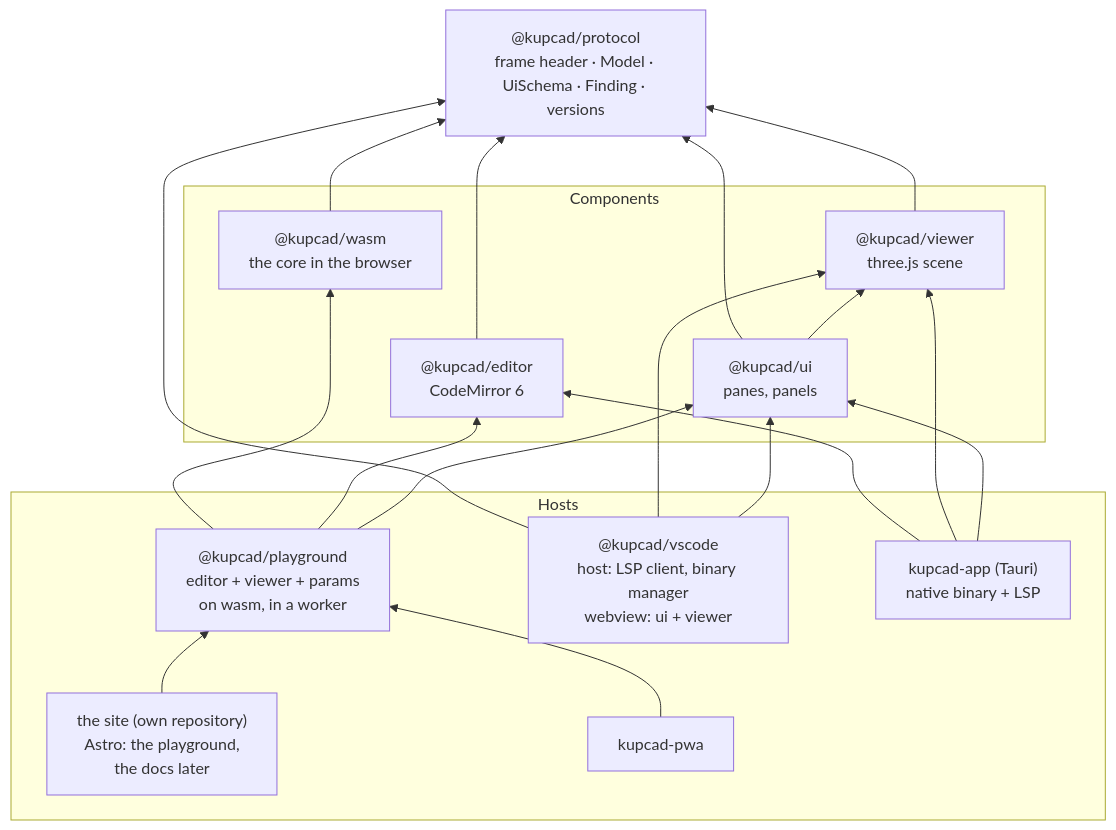
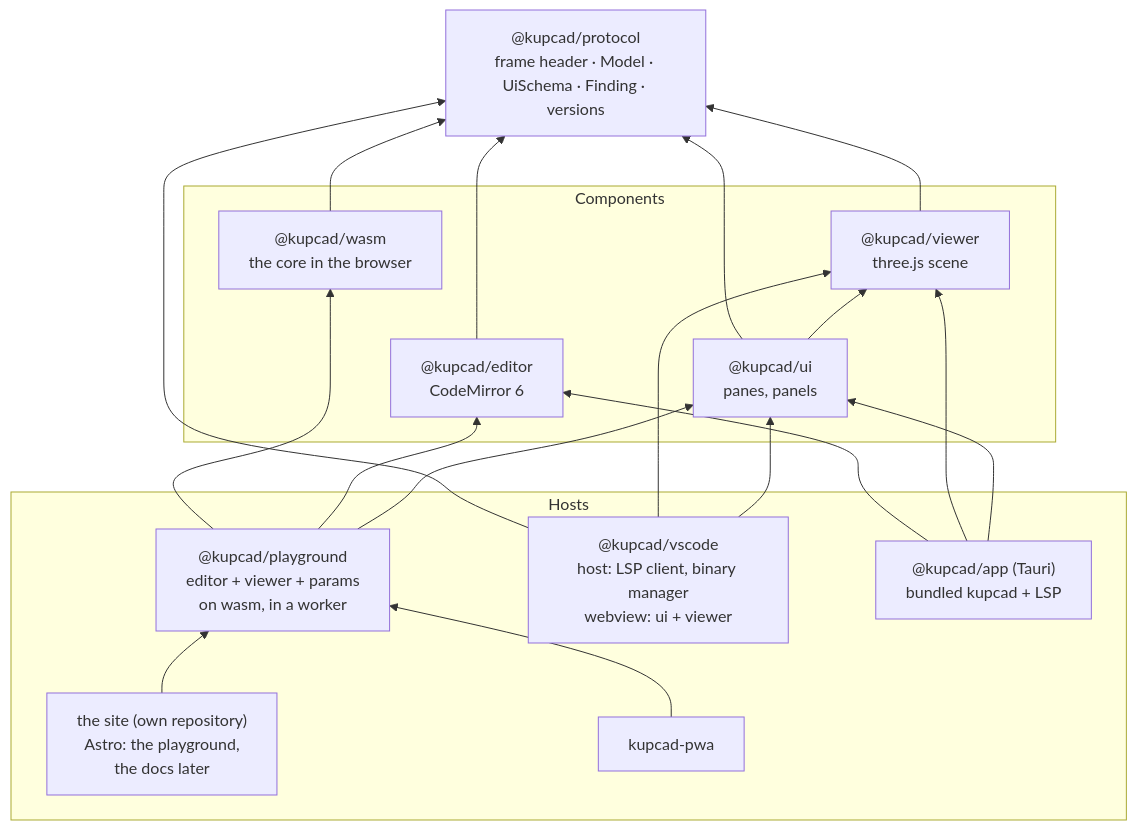
One commit to kupcad/kupcad changed the diagram in packages/architecture.md. Above: the diagram before and after it, drawn with Mermaid. The commit also changed other lines of this file and 56 other files, not shown here.

````diff
--- a/packages/architecture.md
+++ b/packages/architecture.md
@@ -11,36 +11,36 @@
 ```mermaid
 flowchart BT
     protocol["@kupcad/protocol<br/>frame header · Model · UiSchema · Finding · versions"]
 
     subgraph components ["Components"]
         wasm["@kupcad/wasm<br/>the core in the browser"]
         viewer["@kupcad/viewer<br/>three.js scene"]
         ui["@kupcad/ui<br/>panes, panels"]
         editor["@kupcad/editor<br/>CodeMirror 6"]
     end
 
     subgraph hosts ["Hosts"]
         playground["@kupcad/playground<br/>editor + viewer + params<br/>on wasm, in a worker"]
         vscode["@kupcad/vscode<br/>host: LSP client, binary manager<br/>webview: ui + viewer"]
-        app["kupcad-app (Tauri)<br/>native binary + LSP"]
+        app["@kupcad/app (Tauri)<br/>bundled kupcad + LSP"]
         docs["the site (own repository)<br/>Astro: the playground,<br/>the docs later"]
         pwa["kupcad-pwa"]
     end
 
     wasm --> protocol
     viewer --> protocol
     ui --> protocol
     ui --> viewer
     editor --> protocol
     playground --> wasm
     playground --> editor
     playground --> ui
     vscode --> protocol
     vscode --> viewer
     vscode --> ui
     app --> editor
     app --> viewer
     app --> ui
     docs --> playground
     pwa --> playground
 ```
````
